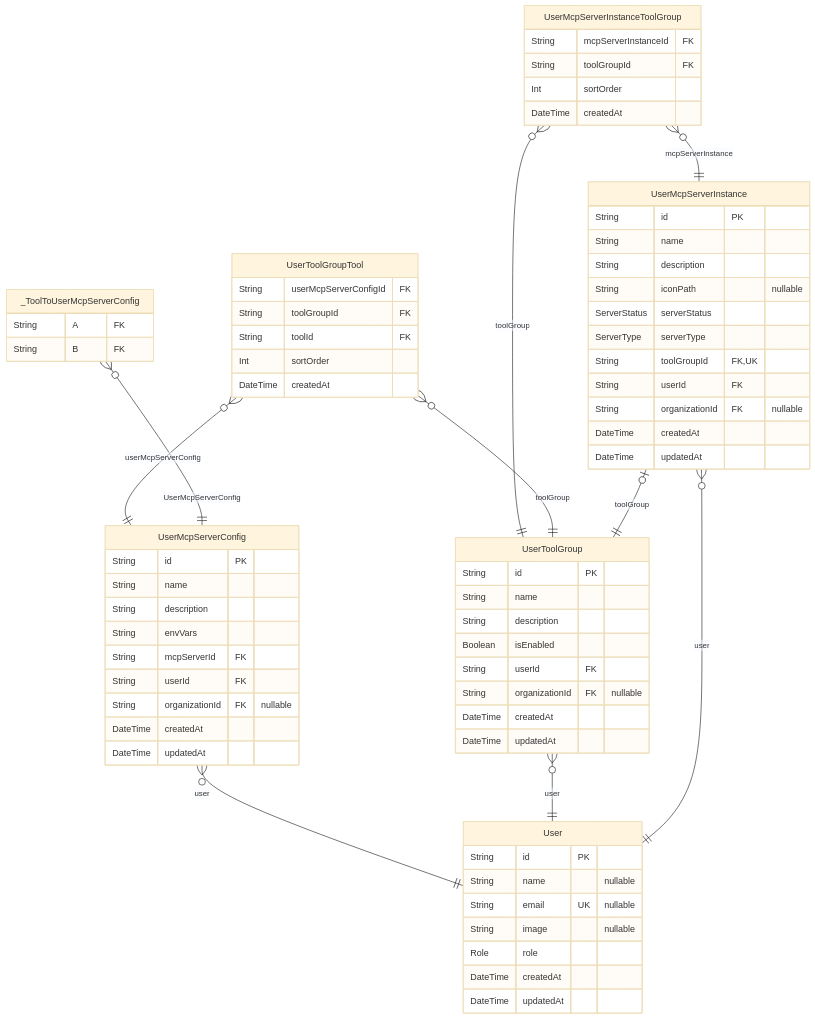
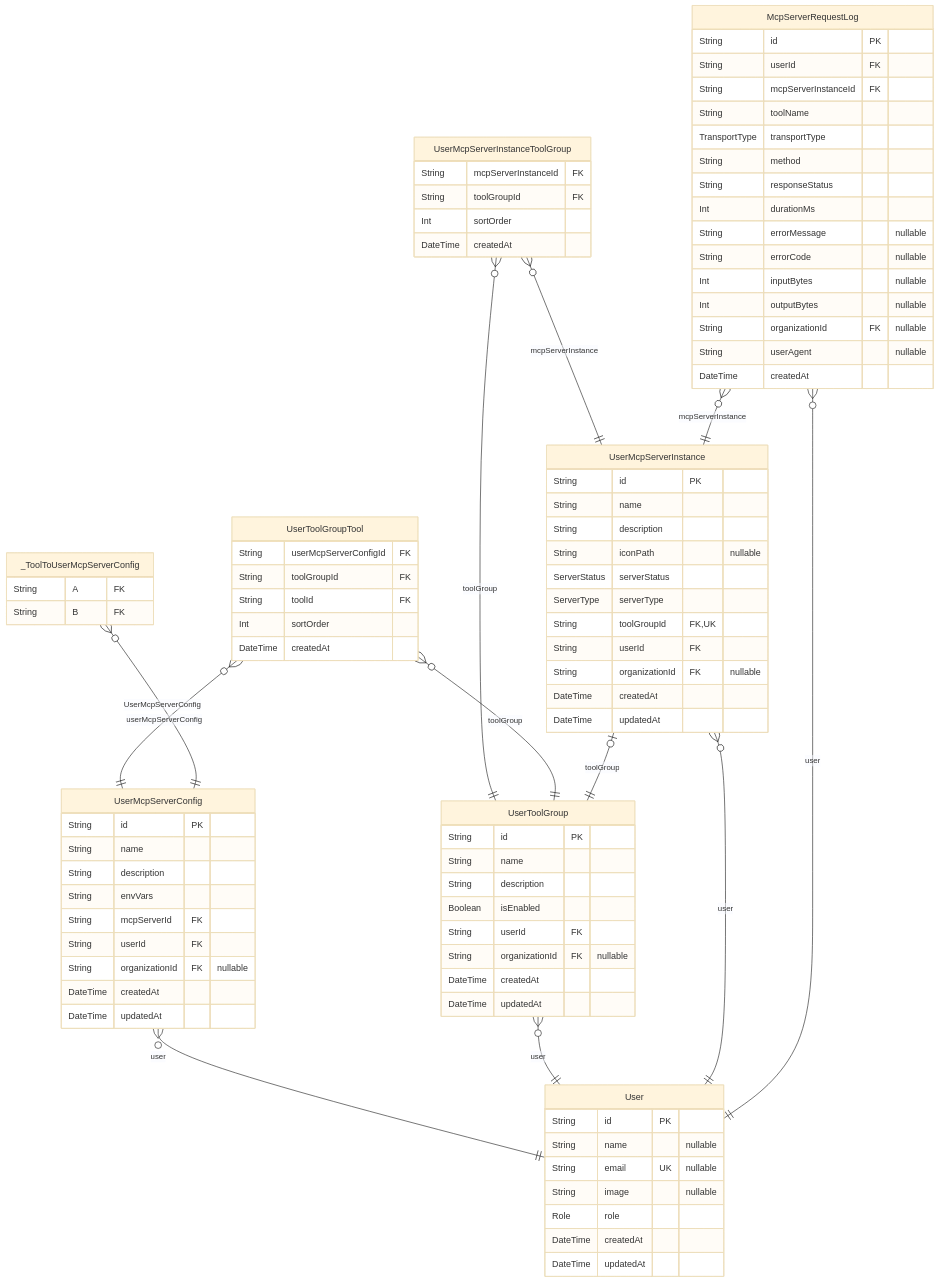
Before and after one commit to rayven122/tumiki: the fifth of 7 diagrams in packages/db/prisma/README.md, drawn with Mermaid (base theme). The commit also changed other lines of this file and 10 other files, not shown here.

````diff
--- a/packages/db/prisma/README.md
+++ b/packages/db/prisma/README.md
@@ -576,6 +616,23 @@
   DateTime createdAt
   DateTime updatedAt
 }
+"McpServerRequestLog" {
+  String id PK
+  String userId FK
+  String mcpServerInstanceId FK
+  String toolName
+  TransportType transportType
+  String method
+  String responseStatus
+  Int durationMs
+  String errorMessage "nullable"
+  String errorCode "nullable"
+  Int inputBytes "nullable"
+  Int outputBytes "nullable"
+  String organizationId FK "nullable"
+  String userAgent "nullable"
+  DateTime createdAt
+}
 "_ToolToUserMcpServerConfig" {
   String A FK
   String B FK
@@ -588,5 +645,7 @@
 "UserToolGroup" }o--|| "User" : user
 "UserMcpServerInstance" |o--|| "UserToolGroup" : toolGroup
 "UserMcpServerInstance" }o--|| "User" : user
+"McpServerRequestLog" }o--|| "User" : user
+"McpServerRequestLog" }o--|| "UserMcpServerInstance" : mcpServerInstance
 "_ToolToUserMcpServerConfig" }o--|| "UserMcpServerConfig" : UserMcpServerConfig
 ```
````
